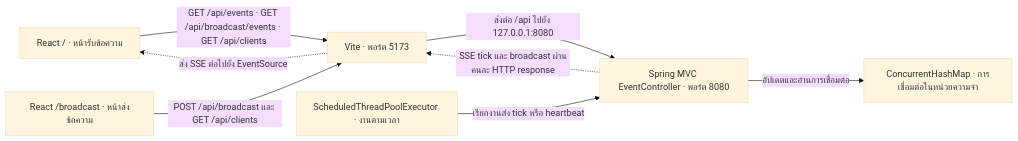
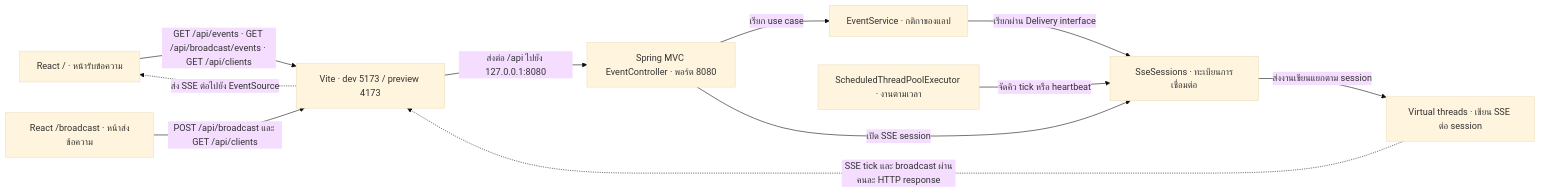
Before and after one commit to chiwa/spring-boot-sse-demo: the first of 5 diagrams in README.md, drawn with Mermaid (base theme). The commit also changed other lines of this file and 29 other files, not shown here.

Commit message:
Refactor SSE delivery and add browser tests and bilingual docs

````diff
--- a/README.md
+++ b/README.md
@@ -51,17 +92,22 @@
 ```mermaid
 flowchart LR
     R["React / · หน้ารับข้อความ"]
     B["React /broadcast · หน้าส่งข้อความ"]
-    V["Vite · พอร์ต 5173"]
+    V["Vite · dev 5173 / preview 4173"]
     C["Spring MVC EventController · พอร์ต 8080"]
-    M["ConcurrentHashMap · การเชื่อมต่อในหน่วยความจำ"]
+    M["SseSessions · ทะเบียนการเชื่อมต่อ"]
+    U["EventService · กติกาของแอป"]
+    W["Virtual threads · เขียน SSE ต่อ session"]
     S["ScheduledThreadPoolExecutor · งานตามเวลา"]
 
     R -->|"GET /api/events · GET /api/broadcast/events · GET /api/clients"| V
     B -->|"POST /api/broadcast และ GET /api/clients"| V
     V -->|"ส่งต่อ /api ไปยัง 127.0.0.1:8080"| C
-    C -->|"อัปเดตและอ่านการเชื่อมต่อ"| M
-    S -->|"เรียกงานส่ง tick หรือ heartbeat"| C
-    C -.->|"SSE tick และ broadcast ผ่านคนละ HTTP response"| V
+    C -->|"เรียก use case"| U
+    C -->|"เปิด SSE session"| M
+    U -->|"เรียกผ่าน Delivery interface"| M
+    S -->|"จัดคิว tick หรือ heartbeat"| M
+    M -->|"ส่งงานเขียนแยกตาม session"| W
+    W -.->|"SSE tick และ broadcast ผ่านคนละ HTTP response"| V
     V -.->|"ส่ง SSE ต่อไปยัง EventSource"| R
 ```
````
